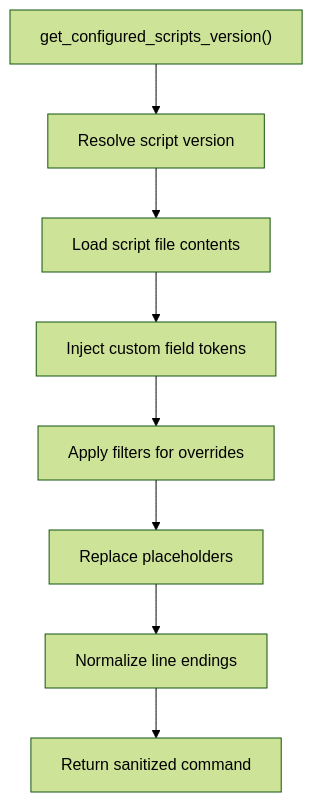
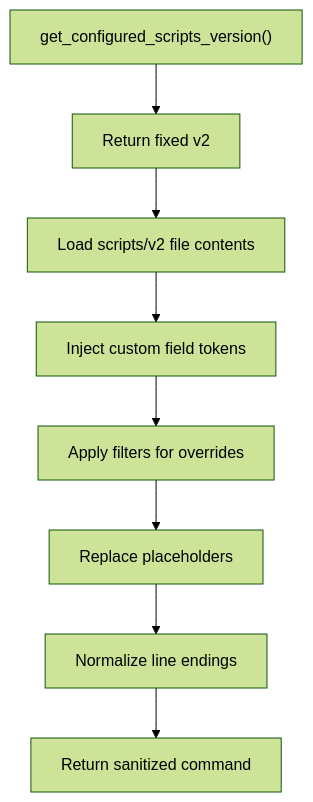
The fourth of 8 diagrams in .qoder/repowiki/en/content/WordPress Application Engine/WordPress Application Lifecycle Management.md (onedogsolutions/simple-stack), drawn with Mermaid (forest theme) before and after one commit. The commit also changed other lines of this file and 5941 other files, not shown here.

````diff
--- a/.qoder/repowiki/en/content/WordPress Application Engine/WordPress Application Lifecycle Management.md
+++ b/.qoder/repowiki/en/content/WordPress Application Engine/WordPress Application Lifecycle Management.md
@@ -183,10 +182,10 @@
 ```mermaid
 flowchart TD
-A["get_configured_scripts_version()"] --> B["Resolve script version"]
-B --> C["Load script file contents"]
+A["get_configured_scripts_version()"] --> B["Return fixed v2"]
+B --> C["Load scripts/v2 file contents"]
 C --> D["Inject custom field tokens"]
 D --> E["Apply filters for overrides"]
 E --> F["Replace placeholders"]
 F --> G["Normalize line endings"]
 G --> H["Return sanitized command"]
 ```
````
